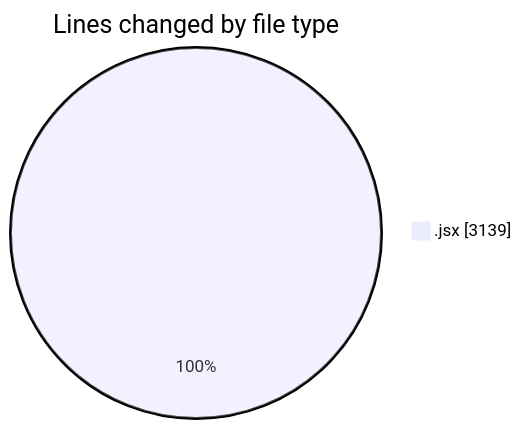
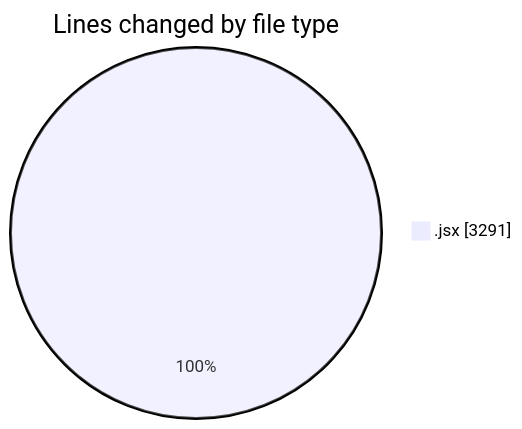
One commit to nxtqubesakshisongat/code-tracking changed the first of 2 diagrams in 2025-10-14/nxtqube_webapp/README.md. Above: the diagram before and after it, drawn with Mermaid. The commit also changed other lines of this file and 1 other file, not shown here.

````diff
--- a/2025-10-14/nxtqube_webapp/README.md
+++ b/2025-10-14/nxtqube_webapp/README.md
@@ -21,5 +21,5 @@
 ```mermaid
 pie showData
 title Lines changed by file type
-".jsx" : 3139
+".jsx" : 3291
 ```
````
